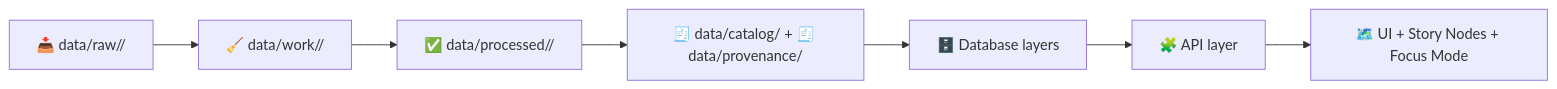
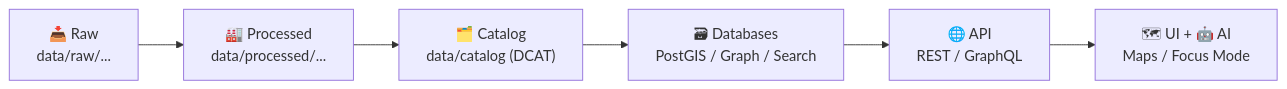
One commit to bartytime4life/Kansas-Frontier-Matrix changed the diagram in data/catalog/README.md. Above: the diagram before and after it, drawn with Mermaid. The commit also changed other lines of this file, not shown here.

````diff
--- a/data/catalog/README.md
+++ b/data/catalog/README.md
@@ -27,9 +30,8 @@
 ```mermaid
 flowchart LR
-  A[📥 data/raw/<domain>/] --> B[🧹 data/work/<domain>/]
-  B --> C[✅ data/processed/<domain>/]
-  C --> D[🧾 data/catalog/ + 🧾 data/provenance/]
-  D --> E[🗄️ Database layers]
-  E --> F[🧩 API layer]
-  F --> G[🗺️ UI + Story Nodes + Focus Mode]
+  A["📥 Raw<br/>data/raw/..."] --> B["🏭 Processed<br/>data/processed/..."]
+  B --> C["🗂️ Catalog<br/>data/catalog (DCAT)"]
+  C --> D["🗃 Databases<br/>PostGIS / Graph / Search"]
+  D --> E["🌐 API<br/>REST / GraphQL"]
+  E --> F["🗺 UI + 🤖 AI<br/>Maps / Focus Mode"]
 ```
````
